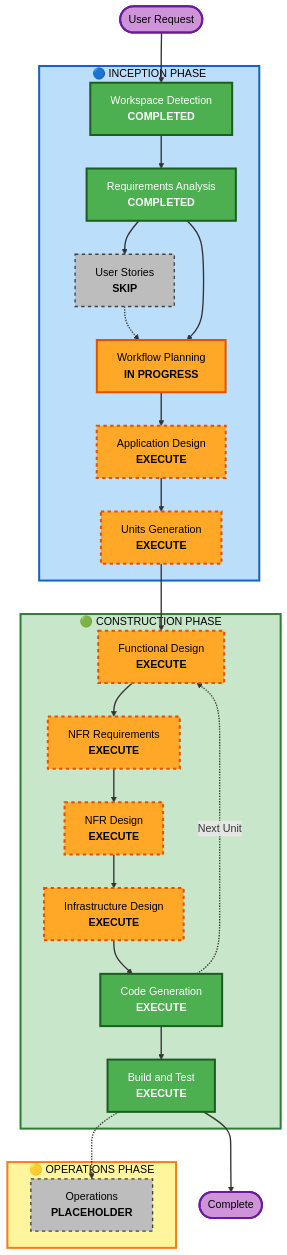
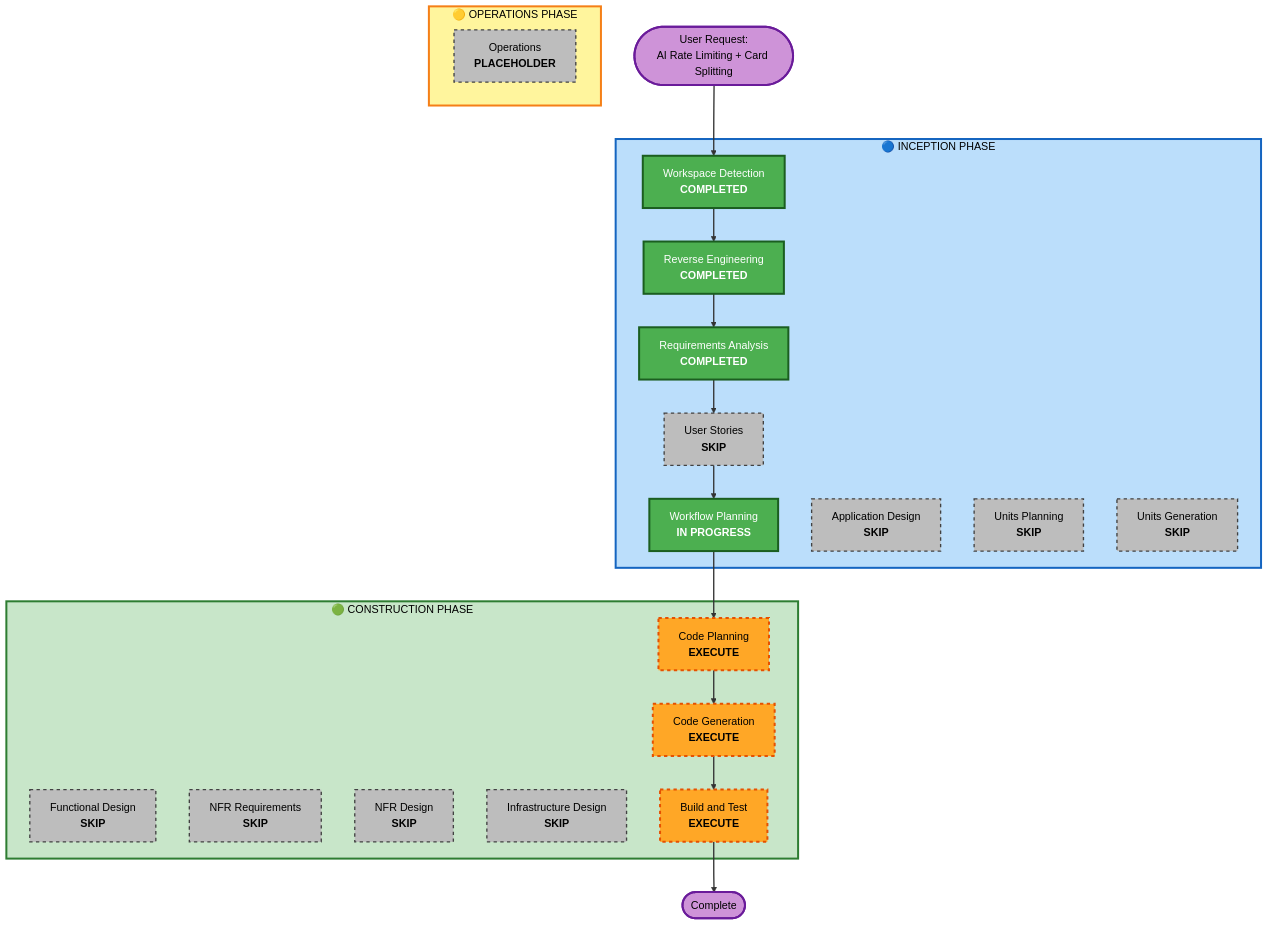
One commit to andrewsalisburynz/flowstate changed the diagram in aidlc-docs/inception/plans/execution-plan.md. Above: the diagram before and after it, drawn with Mermaid. The commit also changed other lines of this file and 44 other files, not shown here.

First line of the commit message:
feat: complete Iteration 2 (AI rate limiting, card splitting, duration tracking) and begin Iteration 3 inception

````diff
--- a/aidlc-docs/inception/plans/execution-plan.md
+++ b/aidlc-docs/inception/plans/execution-plan.md
@@ -31,64 +44,63 @@
 ```mermaid
 flowchart TD
-    Start(["User Request"])
+    Start(["User Request:<br/>AI Rate Limiting + Card Splitting"])
     
     subgraph INCEPTION["🔵 INCEPTION PHASE"]
         WD["Workspace Detection<br/><b>COMPLETED</b>"]
+        RE["Reverse Engineering<br/><b>COMPLETED</b>"]
         RA["Requirements Analysis<br/><b>COMPLETED</b>"]
         US["User Stories<br/><b>SKIP</b>"]
         WP["Workflow Planning<br/><b>IN PROGRESS</b>"]
-        AD["Application Design<br/><b>EXECUTE</b>"]
-        UG["Units Generation<br/><b>EXECUTE</b>"]
+        AD["Application Design<br/><b>SKIP</b>"]
+        UP["Units Planning<br/><b>SKIP</b>"]
+        UG["Units Generation<br/><b>SKIP</b>"]
     end
     
     subgraph CONSTRUCTION["🟢 CONSTRUCTION PHASE"]
-        FD["Functional Design<br/><b>EXECUTE</b>"]
-        NFRA["NFR Requirements<br/><b>EXECUTE</b>"]
-        NFRD["NFR Design<br/><b>EXECUTE</b>"]
-        ID["Infrastructure Design<br/><b>EXECUTE</b>"]
+        FD["Functional Design<br/><b>SKIP</b>"]
+        NFRA["NFR Requirements<br/><b>SKIP</b>"]
+        NFRD["NFR Design<br/><b>SKIP</b>"]
+        ID["Infrastructure Design<br/><b>SKIP</b>"]
+        CP["Code Planning<br/><b>EXECUTE</b>"]
         CG["Code Generation<br/><b>EXECUTE</b>"]
         BT["Build and Test<br/><b>EXECUTE</b>"]
     end
     
     subgraph OPERATIONS["🟡 OPERATIONS PHASE"]
         OPS["Operations<br/><b>PLACEHOLDER</b>"]
     end
     
     Start --> WD
-    WD --> RA
+    WD --> RE
+    RE --> RA
     RA --> US
-    US -.-> WP
-    RA --> WP
-    WP --> AD
-    AD --> UG
-    UG --> FD
-    FD --> NFRA
-    NFRA --> NFRD
-    NFRD --> ID
-    ID --> CG
-    CG -.->|Next Unit| FD
+    US --> WP
+    WP --> CP
+    CP --> CG
     CG --> BT
-    BT -.-> OPS
     BT --> End(["Complete"])
     
     style WD fill:#4CAF50,stroke:#1B5E20,stroke-width:3px,color:#fff
+    style RE fill:#4CAF50,stroke:#1B5E20,stroke-width:3px,color:#fff
     style RA fill:#4CAF50,stroke:#1B5E20,stroke-width:3px,color:#fff
+    style WP fill:#4CAF50,stroke:#1B5E20,stroke-width:3px,color:#fff
+    style CP fill:#FFA726,stroke:#E65100,stroke-width:3px,stroke-dasharray: 5 5,color:#000
+    style CG fill:#FFA726,stroke:#E65100,stroke-width:3px,stroke-dasharray: 5 5,color:#000
+    style BT fill:#FFA726,stroke:#E65100,stroke-width:3px,stroke-dasharray: 5 5,color:#000
     style US fill:#BDBDBD,stroke:#424242,stroke-width:2px,stroke-dasharray: 5 5,color:#000
-    style WP fill:#FFA726,stroke:#E65100,stroke-width:3px,color:#000
-    style AD fill:#FFA726,stroke:#E65100,stroke-width:3px,stroke-dasharray: 5 5,color:#000
-    style UG fill:#FFA726,stroke:#E65100,stroke-width:3px,stroke-dasharray: 5 5,color:#000
-    style FD fill:#FFA726,stroke:#E65100,stroke-width:3px,stroke-dasharray: 5 5,color:#000
-    style NFRA fill:#FFA726,stroke:#E65100,stroke-width:3px,stroke-dasharray: 5 5,color:#000
-    style NFRD fill:#FFA726,stroke:#E65100,stroke-width:3px,stroke-dasharray: 5 5,color:#000
-    style ID fill:#FFA726,stroke:#E65100,stroke-width:3px,stroke-dasharray: 5 5,color:#000
-    style CG fill:#4CAF50,stroke:#1B5E20,stroke-width:3px,color:#fff
-    style BT fill:#4CAF50,stroke:#1B5E20,stroke-width:3px,color:#fff
+    style AD fill:#BDBDBD,stroke:#424242,stroke-width:2px,stroke-dasharray: 5 5,color:#000
+    style UP fill:#BDBDBD,stroke:#424242,stroke-width:2px,stroke-dasharray: 5 5,color:#000
+    style UG fill:#BDBDBD,stroke:#424242,stroke-width:2px,stroke-dasharray: 5 5,color:#000
+    style FD fill:#BDBDBD,stroke:#424242,stroke-width:2px,stroke-dasharray: 5 5,color:#000
+    style NFRA fill:#BDBDBD,stroke:#424242,stroke-width:2px,stroke-dasharray: 5 5,color:#000
+    style NFRD fill:#BDBDBD,stroke:#424242,stroke-width:2px,stroke-dasharray: 5 5,color:#000
+    style ID fill:#BDBDBD,stroke:#424242,stroke-width:2px,stroke-dasharray: 5 5,color:#000
     style OPS fill:#BDBDBD,stroke:#424242,stroke-width:2px,stroke-dasharray: 5 5,color:#000
     style Start fill:#CE93D8,stroke:#6A1B9A,stroke-width:3px,color:#000
     style End fill:#CE93D8,stroke:#6A1B9A,stroke-width:3px,color:#000
     style INCEPTION fill:#BBDEFB,stroke:#1565C0,stroke-width:3px,color:#000
     style CONSTRUCTION fill:#C8E6C9,stroke:#2E7D32,stroke-width:3px,color:#000
     style OPERATIONS fill:#FFF59D,stroke:#F57F17,stroke-width:3px,color:#000
     
     linkStyle default stroke:#333,stroke-width:2px
 ```
````
